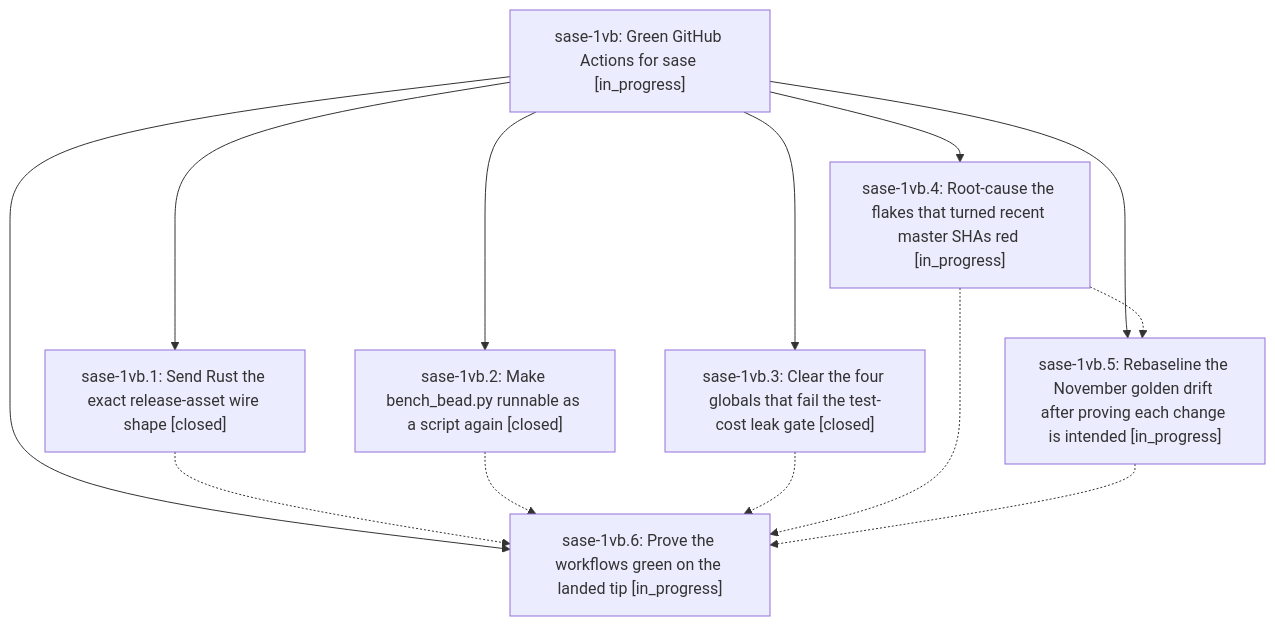
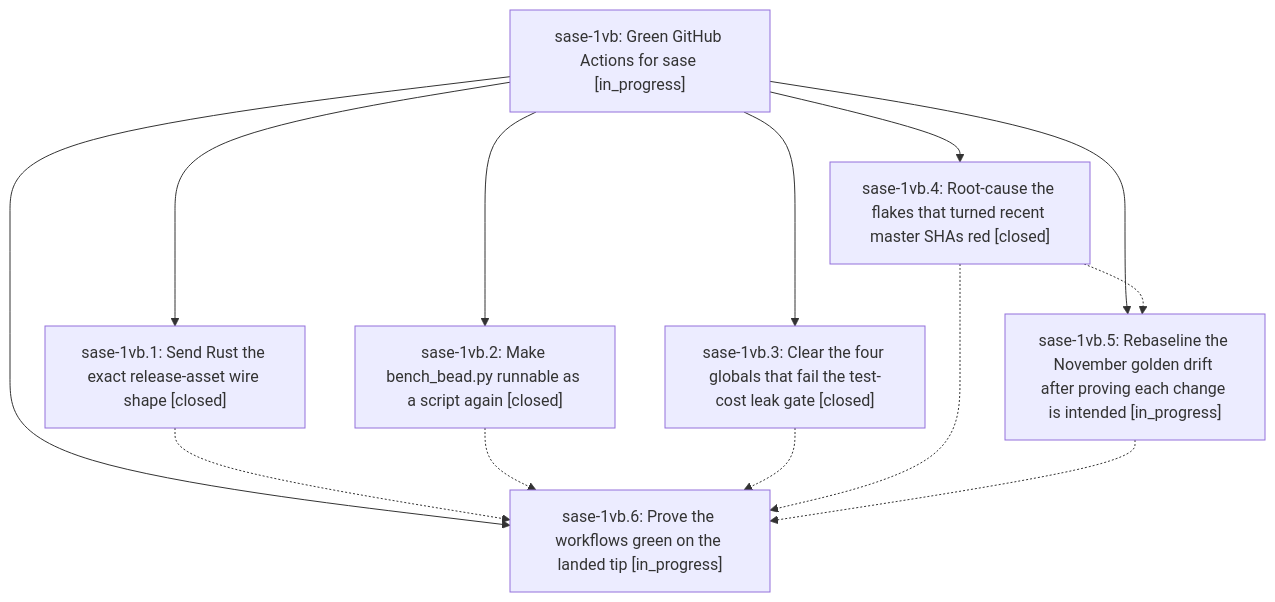
Before and after one commit to sase-org/sase--beads: the diagram in pages/sase-1vb/README.md, drawn with Mermaid. The commit also changed other lines of this file and 4 other files, not shown here.

````diff
--- a/pages/sase-1vb/README.md
+++ b/pages/sase-1vb/README.md
@@ -39,22 +39,22 @@
 ```mermaid
 flowchart TD
     n0["sase-1vb: Green GitHub Actions for sase [in_progress]"]
     n1["sase-1vb.1: Send Rust the exact release-asset wire shape [closed]"]
     n2["sase-1vb.2: Make bench_bead.py runnable as a script again [closed]"]
     n3["sase-1vb.3: Clear the four globals that fail the test-cost leak gate [closed]"]
-    n4["sase-1vb.4: Root-cause the flakes that turned recent master SHAs red [in_progress]"]
+    n4["sase-1vb.4: Root-cause the flakes that turned recent master SHAs red [closed]"]
     n5["sase-1vb.5: Rebaseline the November golden drift after proving each change is intended [in_progress]"]
     n6["sase-1vb.6: Prove the workflows green on the landed tip [in_progress]"]
     n0 --> n1
     n0 --> n2
     n0 --> n3
     n0 --> n4
     n0 --> n5
     n0 --> n6
     n1 -.-> n6
     n2 -.-> n6
     n3 -.-> n6
     n4 -.-> n5
     n4 -.-> n6
     n5 -.-> n6
 ```
````
